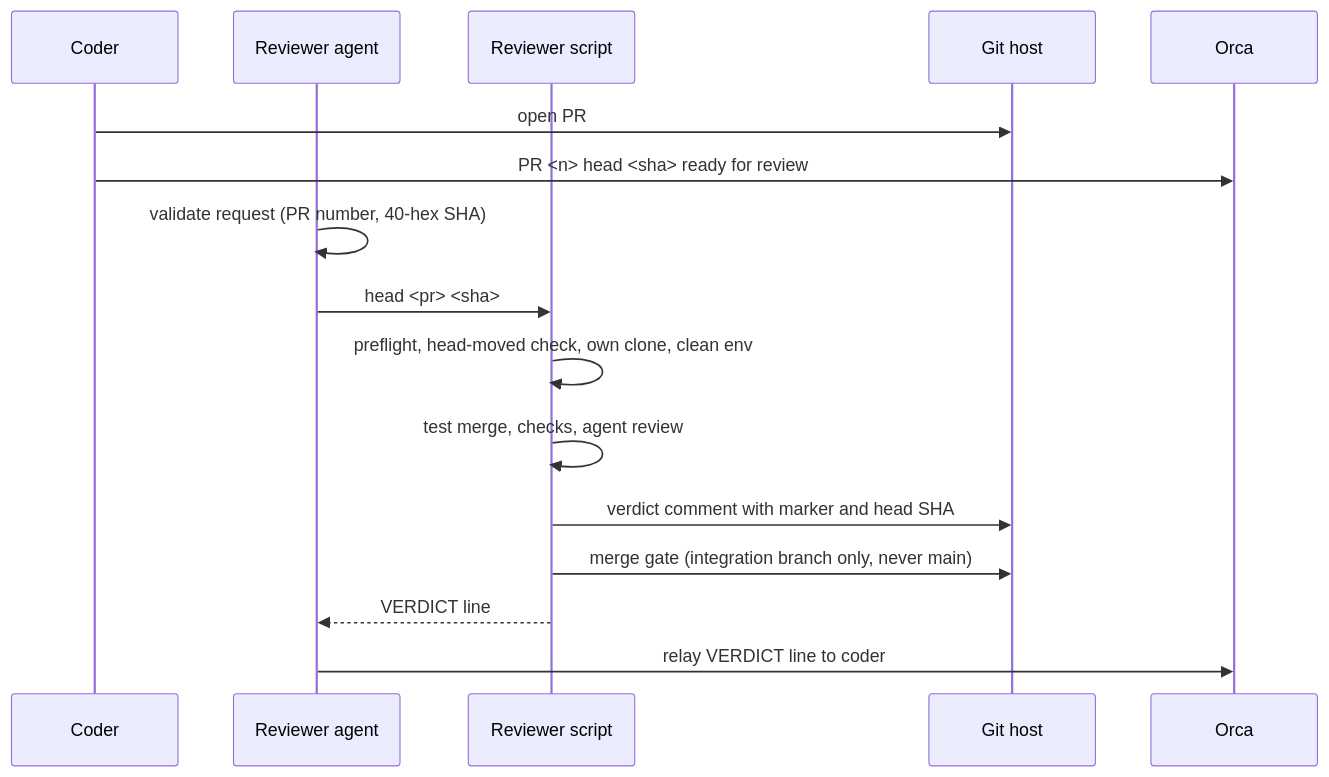
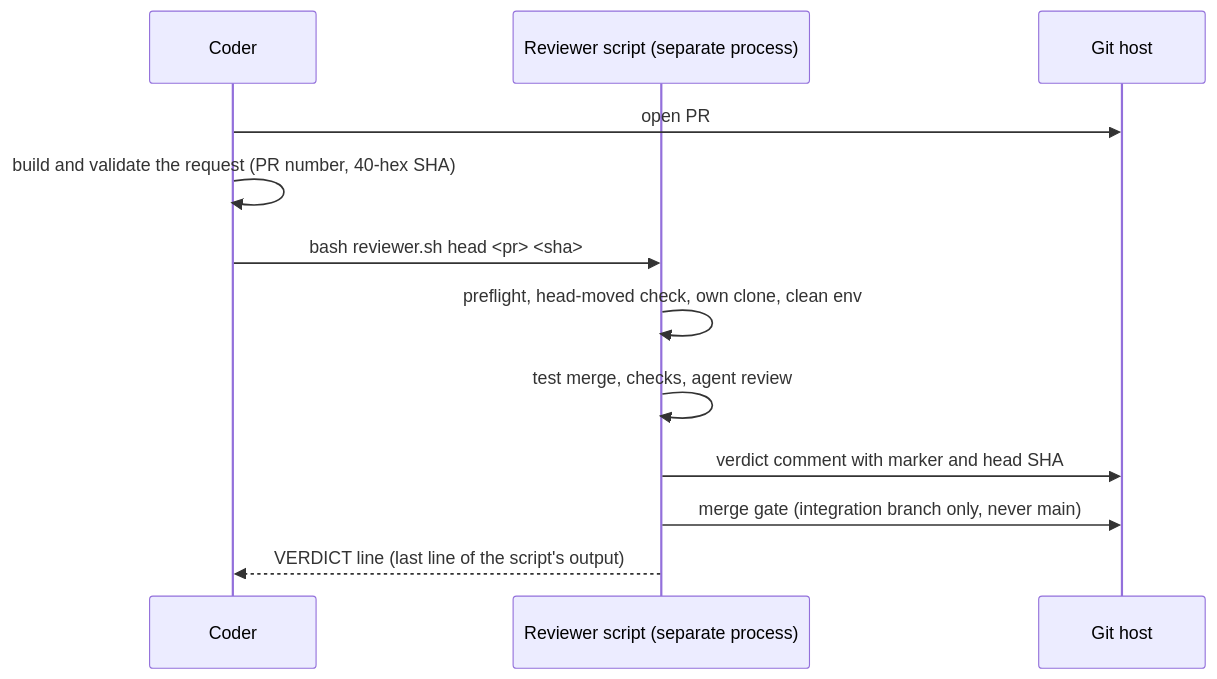
Before and after one commit to testeos-z/gabo-ai: the fourth of 5 diagrams in docs/product/TRD.md, drawn with Mermaid. The commit also changed other lines of this file and 5 other files, not shown here.

````diff
--- a/docs/product/TRD.md
+++ b/docs/product/TRD.md
@@ -208,18 +223,14 @@
 ```mermaid
 sequenceDiagram
   participant K as Coder
-  participant A as Reviewer agent
-  participant S as Reviewer script
+  participant S as Reviewer script (separate process)
   participant H as Git host
-  participant O as Orca
   K->>H: open PR
-  K->>O: PR <n> head <sha> ready for review
-  A->>A: validate request (PR number, 40-hex SHA)
-  A->>S: head <pr> <sha>
+  K->>K: build and validate the request (PR number, 40-hex SHA)
+  K->>S: bash reviewer.sh head <pr> <sha>
   S->>S: preflight, head-moved check, own clone, clean env
   S->>S: test merge, checks, agent review
   S->>H: verdict comment with marker and head SHA
   S->>H: merge gate (integration branch only, never main)
-  S-->>A: VERDICT line
-  A->>O: relay VERDICT line to coder
+  S-->>K: VERDICT line (last line of the script's output)
 ```
````
